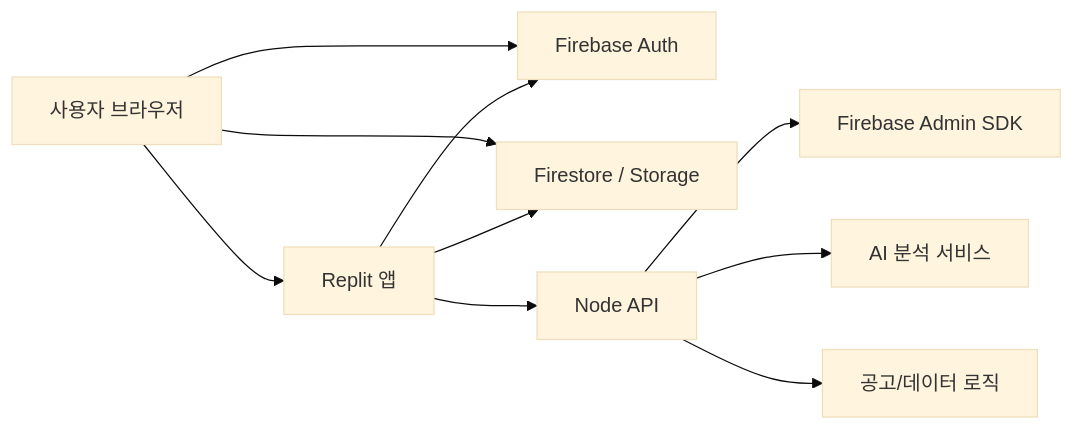
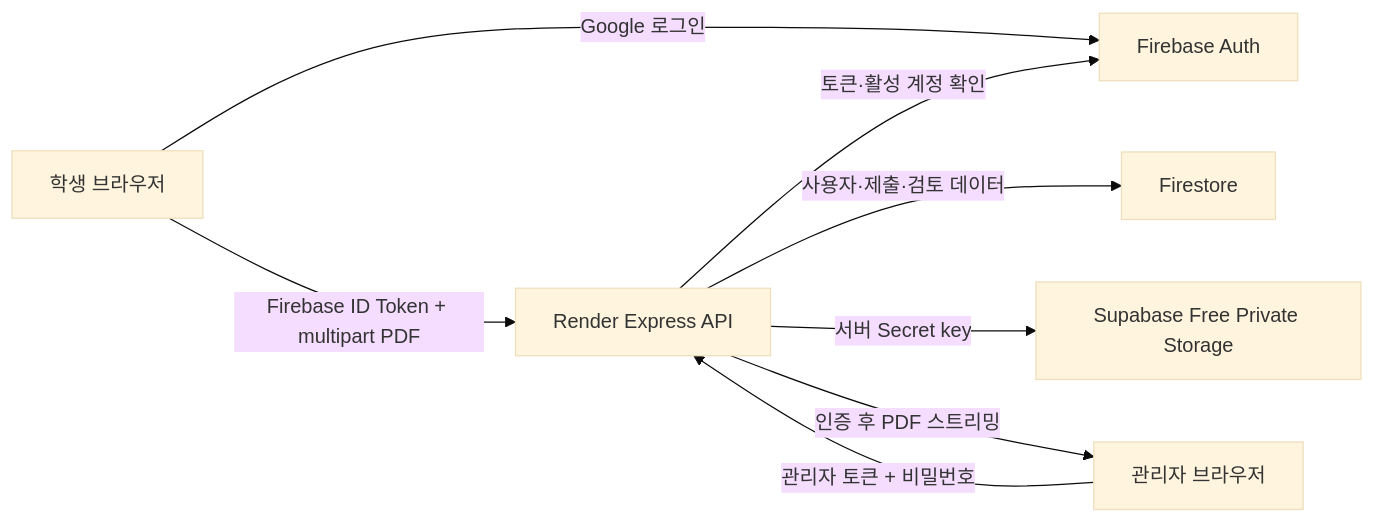
Before and after one commit to yang-yun-seok/Portfolio-Coach: the first of 2 diagrams in docs/firebase-auth-submission-architecture.md, drawn with Mermaid (base theme). The commit also changed other lines of this file and 5 other files, not shown here.

````diff
--- a/docs/firebase-auth-submission-architecture.md
+++ b/docs/firebase-auth-submission-architecture.md
@@ -117,12 +13,10 @@
 ```mermaid
 flowchart LR
-  A["사용자 브라우저"] --> B["Replit 앱"]
-  A --> C["Firebase Auth"]
-  A --> D["Firestore / Storage"]
-  B --> E["Node API"]
-  E --> F["Firebase Admin SDK"]
-  E --> G["AI 분석 서비스"]
-  E --> H["공고/데이터 로직"]
-  B --> C
-  B --> D
+  Student["학생 브라우저"] -->|"Google 로그인"| Auth["Firebase Auth"]
+  Student -->|"Firebase ID Token + multipart PDF"| API["Render Express API"]
+  API -->|"토큰·활성 계정 확인"| Auth
+  API -->|"사용자·제출·검토 데이터"| DB["Firestore"]
+  API -->|"서버 Secret key"| Storage["Supabase Free Private Storage"]
+  Admin["관리자 브라우저"] -->|"관리자 토큰 + 비밀번호"| API
+  API -->|"인증 후 PDF 스트리밍"| Admin
 ```
````
